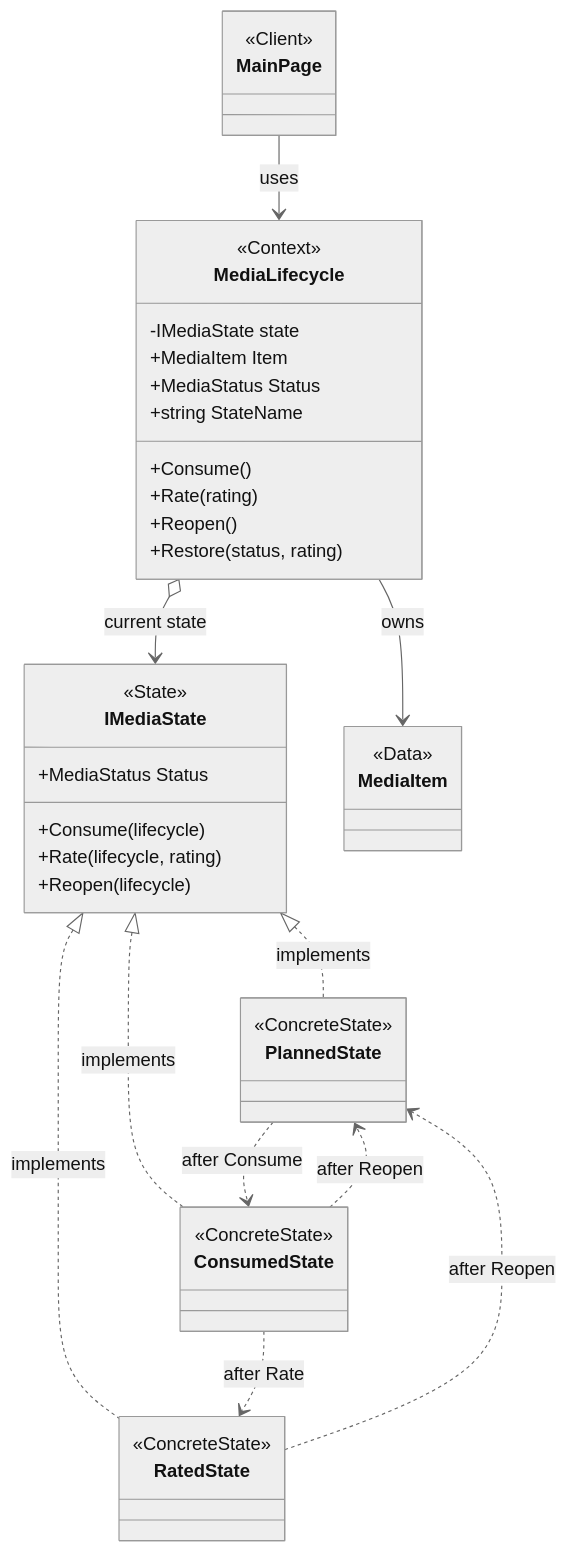
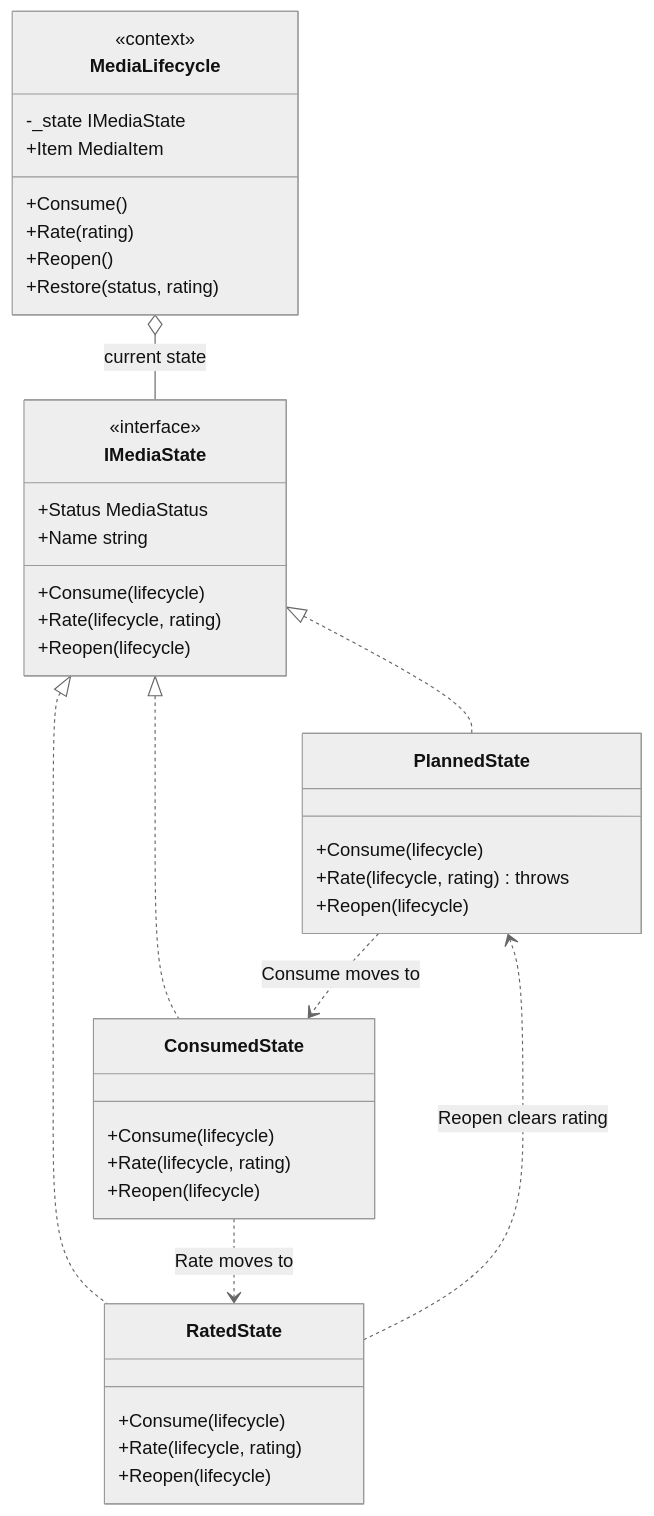
Before and after one commit to Prince-of-Nothing/TMPS-Labs: the third of 4 diagrams in Reports/Lab3.md, drawn with Mermaid (neutral theme). The commit also changed other lines of this file and 4 other files, not shown here.

````diff
--- a/Reports/Lab3.md
+++ b/Reports/Lab3.md
@@ -448,47 +278,43 @@
 ```mermaid
 classDiagram
-direction TB
-class MainPage {
-  <<Client>>
-}
-class MediaLifecycle {
-  <<Context>>
-  -IMediaState state
-  +MediaItem Item
-  +MediaStatus Status
-  +string StateName
-  +Consume()
-  +Rate(rating)
-  +Reopen()
-  +Restore(status, rating)
-}
-class IMediaState {
-  <<State>>
-  +MediaStatus Status
-  +Consume(lifecycle)
-  +Rate(lifecycle, rating)
-  +Reopen(lifecycle)
-}
-class PlannedState {
-  <<ConcreteState>>
-}
-class ConsumedState {
-  <<ConcreteState>>
-}
-class RatedState {
-  <<ConcreteState>>
-}
-class MediaItem {
-  <<Data>>
-}
-MainPage --> MediaLifecycle : uses
-MediaLifecycle o--> IMediaState : current state
-IMediaState <|.. PlannedState : implements
-IMediaState <|.. ConsumedState : implements
-IMediaState <|.. RatedState : implements
-MediaLifecycle --> MediaItem : owns
-PlannedState ..> ConsumedState : after Consume
-ConsumedState ..> RatedState : after Rate
-ConsumedState ..> PlannedState : after Reopen
-RatedState ..> PlannedState : after Reopen
+    direction TB
+    class MediaLifecycle {
+        <<context>>
+        -_state IMediaState
+        +Item MediaItem
+        +Consume()
+        +Rate(rating)
+        +Reopen()
+        +Restore(status, rating)
+    }
+    class IMediaState {
+        <<interface>>
+        +Status MediaStatus
+        +Name string
+        +Consume(lifecycle)
+        +Rate(lifecycle, rating)
+        +Reopen(lifecycle)
+    }
+    class PlannedState {
+        +Consume(lifecycle)
+        +Rate(lifecycle, rating) throws
+        +Reopen(lifecycle)
+    }
+    class ConsumedState {
+        +Consume(lifecycle)
+        +Rate(lifecycle, rating)
+        +Reopen(lifecycle)
+    }
+    class RatedState {
+        +Consume(lifecycle)
+        +Rate(lifecycle, rating)
+        +Reopen(lifecycle)
+    }
+    MediaLifecycle o-- IMediaState : current state
+    IMediaState <|.. PlannedState
+    IMediaState <|.. ConsumedState
+    IMediaState <|.. RatedState
+    PlannedState ..> ConsumedState : Consume moves to
+    ConsumedState ..> RatedState : Rate moves to
+    RatedState ..> PlannedState : Reopen clears rating
 ```
````
